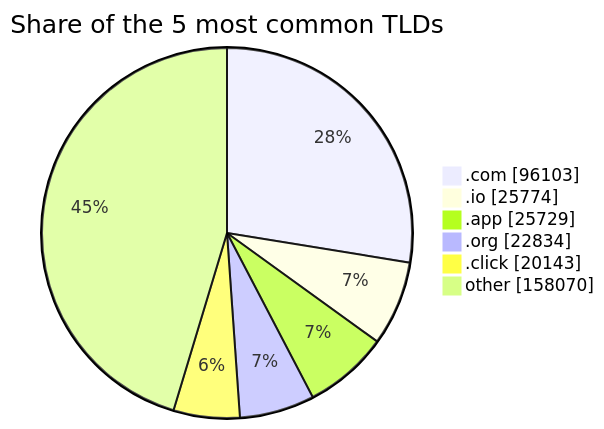
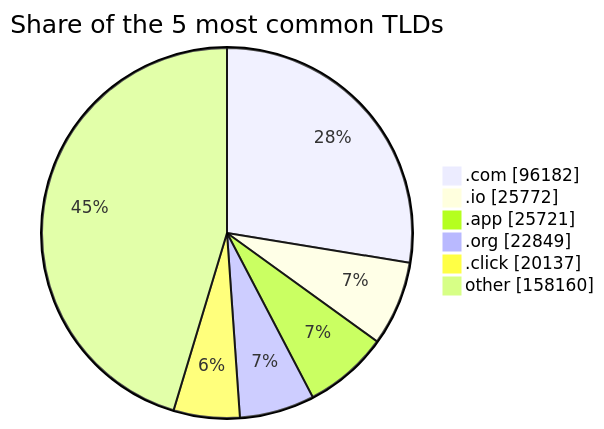
The third of 3 diagrams in README.md (DNSBunker/CTI), drawn with Mermaid before and after one commit. The commit also changed other lines of this file and 3 other files, not shown here.

````diff
--- a/README.md
+++ b/README.md
@@ -81,9 +81,9 @@
 ```mermaid
 pie showData title Share of the 5 most common TLDs
-    ".com" : 96103
-    ".io" : 25774
-    ".app" : 25729
-    ".org" : 22834
-    ".click" : 20143
-    "other" : 158070
+    ".com" : 96182
+    ".io" : 25772
+    ".app" : 25721
+    ".org" : 22849
+    ".click" : 20137
+    "other" : 158160
 ```
````
